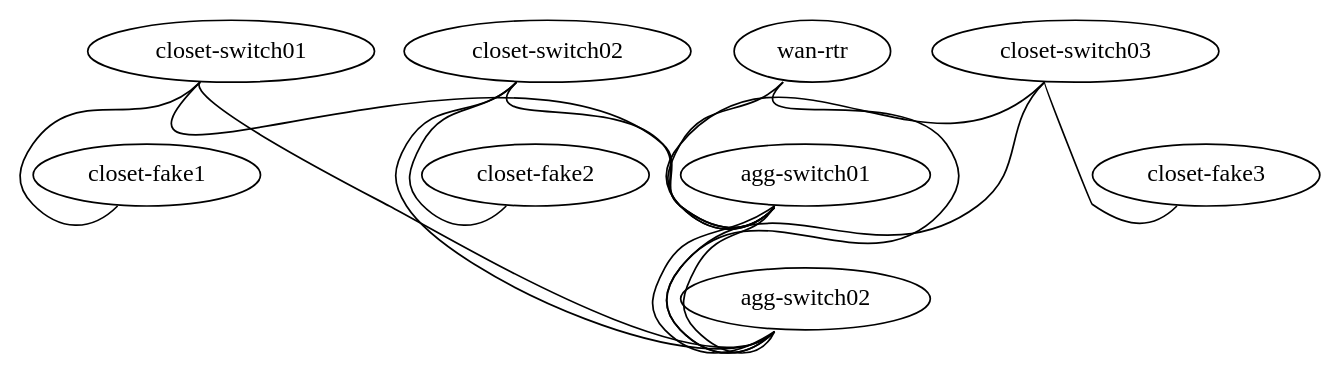
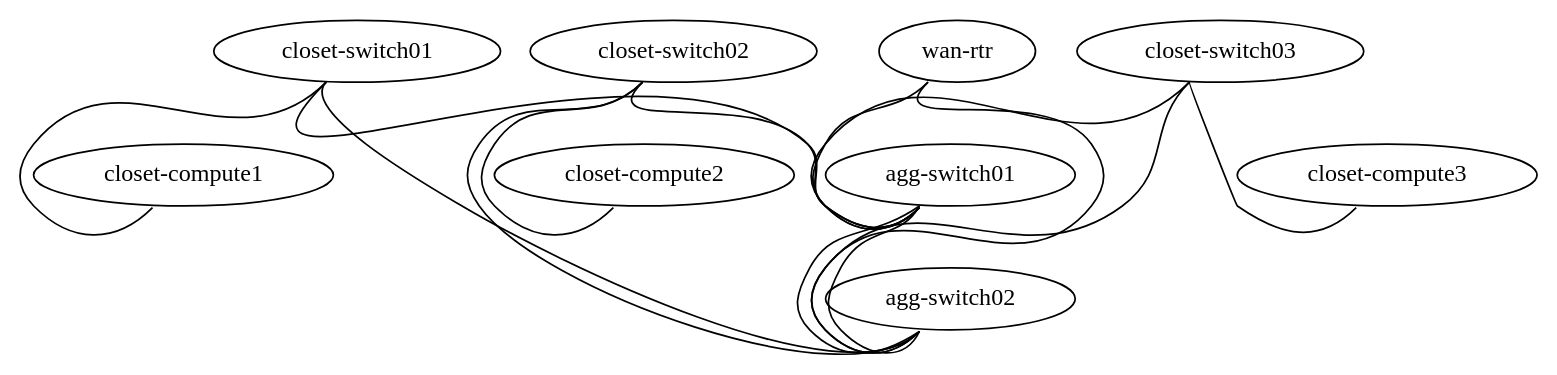
One commit to chronot1995/closet-switch-design-l3 changed the diagram in vx-simulation/closet-switch-design-l3.dot. Above: the diagram before and after it, drawn with Graphviz. The commit also changed 2 other files, not shown here.

```diff
--- a/vx-simulation/closet-switch-design-l3.dot
+++ b/vx-simulation/closet-switch-design-l3.dot
@@ -1,25 +1,25 @@
 graph training {
  "agg-switch01" [function="leaf" os="CumulusCommunity/cumulus-vx" version="3.7.2" memory="768" config="./helper_scripts/extra_switch_config.sh" mgmt_ip="192.168.200.1"]
  "agg-switch02" [function="leaf" os="CumulusCommunity/cumulus-vx" version="3.7.2" memory="768" config="./helper_scripts/extra_switch_config.sh" mgmt_ip="192.168.200.2"]
  "wan-rtr" [function="leaf" os="CumulusCommunity/cumulus-vx" version="3.7.2" memory="768" config="./helper_scripts/extra_switch_config.sh" mgmt_ip="192.168.200.10"]
  "closet-switch01" [function="leaf" os="CumulusCommunity/cumulus-vx" version="3.7.2" memory="768" config="./helper_scripts/extra_switch_config.sh" mgmt_ip="192.168.200.11"]
  "closet-switch02" [function="leaf" os="CumulusCommunity/cumulus-vx" version="3.7.2" memory="768" config="./helper_scripts/extra_switch_config.sh" mgmt_ip="192.168.200.12"]
  "closet-switch03" [function="leaf" os="CumulusCommunity/cumulus-vx" version="3.7.2" memory="768" config="./helper_scripts/extra_switch_config.sh" mgmt_ip="192.168.200.13"]
- "closet-fake1" [function="fake"]
- "closet-fake2" [function="fake"]
- "closet-fake3" [function="fake"]
+ "closet-compute1" [function="fake"]
+ "closet-compute2" [function="fake"]
+ "closet-compute3" [function="fake"]
 
  "wan-rtr":"swp40" -- "agg-switch01":"swp40"
  "wan-rtr":"swp41" -- "agg-switch02":"swp40"
  "agg-switch01":"swp1" -- "agg-switch02":"swp1"
  "agg-switch01":"swp2" -- "agg-switch02":"swp2"
  "closet-switch01":"swp11" -- "agg-switch01":"swp11"
  "closet-switch01":"swp12" -- "agg-switch02":"swp11"
  "closet-switch02":"swp21" -- "agg-switch01":"swp22"
  "closet-switch02":"swp22" -- "agg-switch02":"swp22"
  "closet-switch03":"swp31" -- "agg-switch01":"swp33"
  "closet-switch03":"swp32" -- "agg-switch02":"swp33"
- "closet-switch01":"swp7" -- "closet-fake1":"swp7"
- "closet-switch02":"swp7" -- "closet-fake2":"swp7"
- "closet-switch03":"swp7" -- "closet-fake3":"swp7"
+ "closet-switch01":"swp7" -- "closet-compute1":"swp7"
+ "closet-switch02":"swp7" -- "closet-compute2":"swp7"
+ "closet-switch03":"swp7" -- "closet-compute3":"swp7"
  }
```
